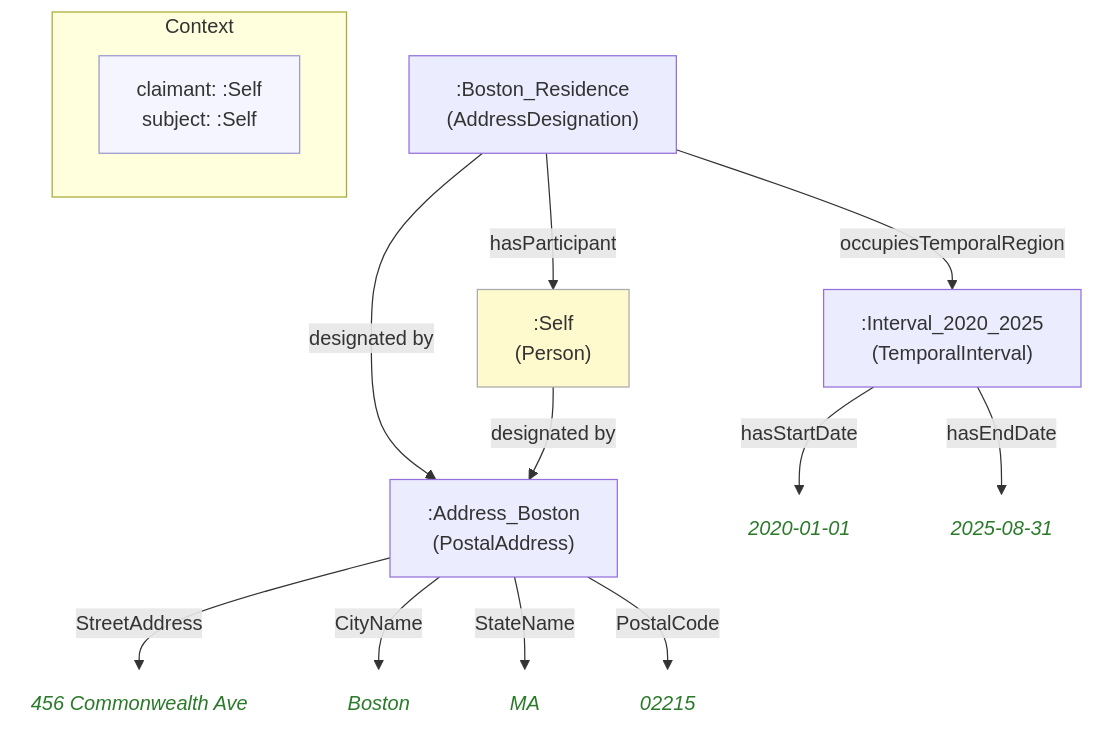
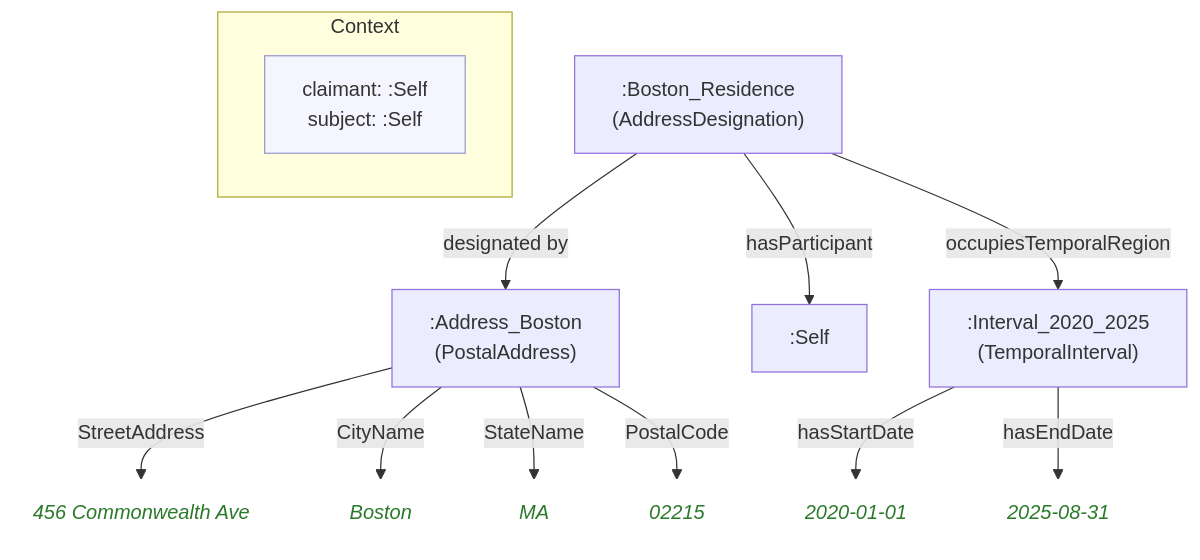
Before and after one commit to MeeFoundation/mia-ontologies: the diagram in example/contexts/images/self.self(boston)(municipality)(13).mmd, drawn with Mermaid. The commit also changed 62 other files, not shown here.

```diff
--- a/example/contexts/images/self.self(boston)(municipality)(13).mmd
+++ b/example/contexts/images/self.self(boston)(municipality)(13).mmd
@@ -1,33 +1,32 @@
 flowchart TD
     classDef person fill:#fffacd,stroke:#aaa,color:#333
     classDef grp    fill:#d4edda,stroke:#aaa,color:#333
     classDef org    fill:#cce5ff,stroke:#aaa,color:#333
     classDef lit    fill:none,stroke:none,font-style:italic,color:#2a7a2a
     classDef meta   fill:#f5f5ff,stroke:#9999cc,color:#333
 
     subgraph ctx["Context"]
         direction LR
         ctx_meta["claimant: :Self\nsubject: :Self"]:::meta
     end
 
     nc67f0317dd3d[":Address_Boston\n(PostalAddress)"]
-    n282522542a3c("456 Commonwealth Ave"):::lit
-    nf2b8197feef1("Boston"):::lit
-    ncfa377d52e63("MA"):::lit
-    n25f7a6754c96("02215"):::lit
+    n8ddbca79df1f("456 Commonwealth Ave"):::lit
+    n837d060fd0d9("Boston"):::lit
+    n4d00677206b8("MA"):::lit
+    nfd1232129323("02215"):::lit
     n596b411b2d6f[":Boston_Residence\n(AddressDesignation)"]
-    ne0c3ba92f1db[":Self\n(Person)"]:::person
+    n89768dce3f8b[":Self"]
     n712165170b98[":Interval_2020_2025\n(TemporalInterval)"]
     n9dc9a14921d5("2020-01-01"):::lit
     n6c16da9fd750("2025-08-31"):::lit
 
-    nc67f0317dd3d -->|"StreetAddress"| n282522542a3c
-    nc67f0317dd3d -->|"CityName"| nf2b8197feef1
-    nc67f0317dd3d -->|"StateName"| ncfa377d52e63
-    nc67f0317dd3d -->|"PostalCode"| n25f7a6754c96
-    n596b411b2d6f -->|"hasParticipant"| ne0c3ba92f1db
+    nc67f0317dd3d -->|"StreetAddress"| n8ddbca79df1f
+    nc67f0317dd3d -->|"CityName"| n837d060fd0d9
+    nc67f0317dd3d -->|"StateName"| n4d00677206b8
+    nc67f0317dd3d -->|"PostalCode"| nfd1232129323
+    n596b411b2d6f -->|"hasParticipant"| n89768dce3f8b
     n596b411b2d6f -->|"designated by"| nc67f0317dd3d
     n596b411b2d6f -->|"occupiesTemporalRegion"| n712165170b98
     n712165170b98 -->|"hasStartDate"| n9dc9a14921d5
     n712165170b98 -->|"hasEndDate"| n6c16da9fd750
-    ne0c3ba92f1db -->|"designated by"| nc67f0317dd3d
```
